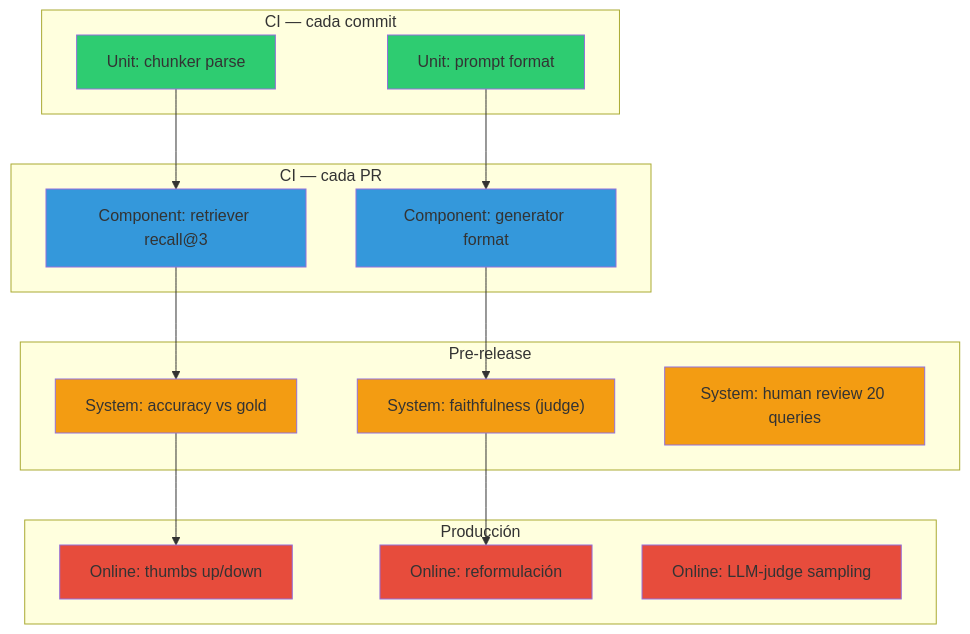
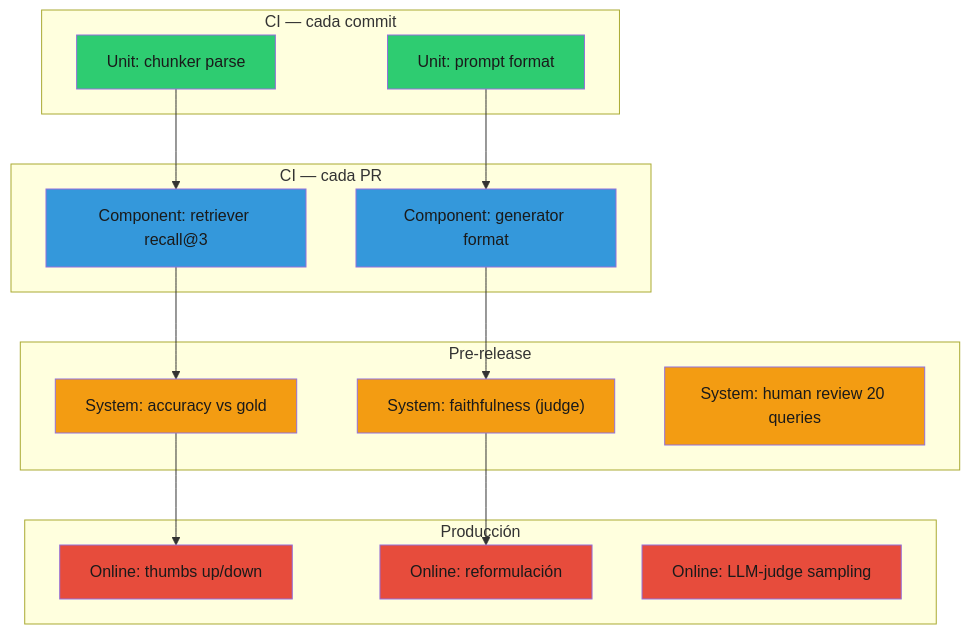
Before and after one commit to Alonsomar/estudio-personal: the eighth of 8 diagrams in 01-evals/theory/02-taxonomia.md, drawn with Mermaid. The commit also changed other lines of this file and 20 other files, not shown here.

First line of the commit message:
fix(docs): texto oscuro en nodos Mermaid para legibilidad en modo oscuro

````diff
--- a/01-evals/theory/02-taxonomia.md
+++ b/01-evals/theory/02-taxonomia.md
@@ -308,35 +308,35 @@
 ```mermaid
 graph TB
     subgraph "CI — cada commit"
         U1["Unit: chunker parse"]
         U2["Unit: prompt format"]
     end
     subgraph "CI — cada PR"
         C1["Component: retriever recall@3"]
         C2["Component: generator format"]
     end
     subgraph "Pre-release"
         S1["System: accuracy vs gold"]
         S2["System: faithfulness (judge)"]
         S3["System: human review 20 queries"]
     end
     subgraph "Producción"
         O1["Online: thumbs up/down"]
         O2["Online: reformulación"]
         O3["Online: LLM-judge sampling"]
     end
 
     U1 --> C1 --> S1 --> O1
     U2 --> C2 --> S2 --> O2
 
-    style U1 fill:#2ecc71
-    style U2 fill:#2ecc71
-    style C1 fill:#3498db
-    style C2 fill:#3498db
-    style S1 fill:#f39c12
-    style S2 fill:#f39c12
-    style S3 fill:#f39c12
-    style O1 fill:#e74c3c
-    style O2 fill:#e74c3c
-    style O3 fill:#e74c3c
+    style U1 fill:#2ecc71,color:#1a1a1a
+    style U2 fill:#2ecc71,color:#1a1a1a
+    style C1 fill:#3498db,color:#1a1a1a
+    style C2 fill:#3498db,color:#1a1a1a
+    style S1 fill:#f39c12,color:#1a1a1a
+    style S2 fill:#f39c12,color:#1a1a1a
+    style S3 fill:#f39c12,color:#1a1a1a
+    style O1 fill:#e74c3c,color:#1a1a1a
+    style O2 fill:#e74c3c,color:#1a1a1a
+    style O3 fill:#e74c3c,color:#1a1a1a
 ```
````
